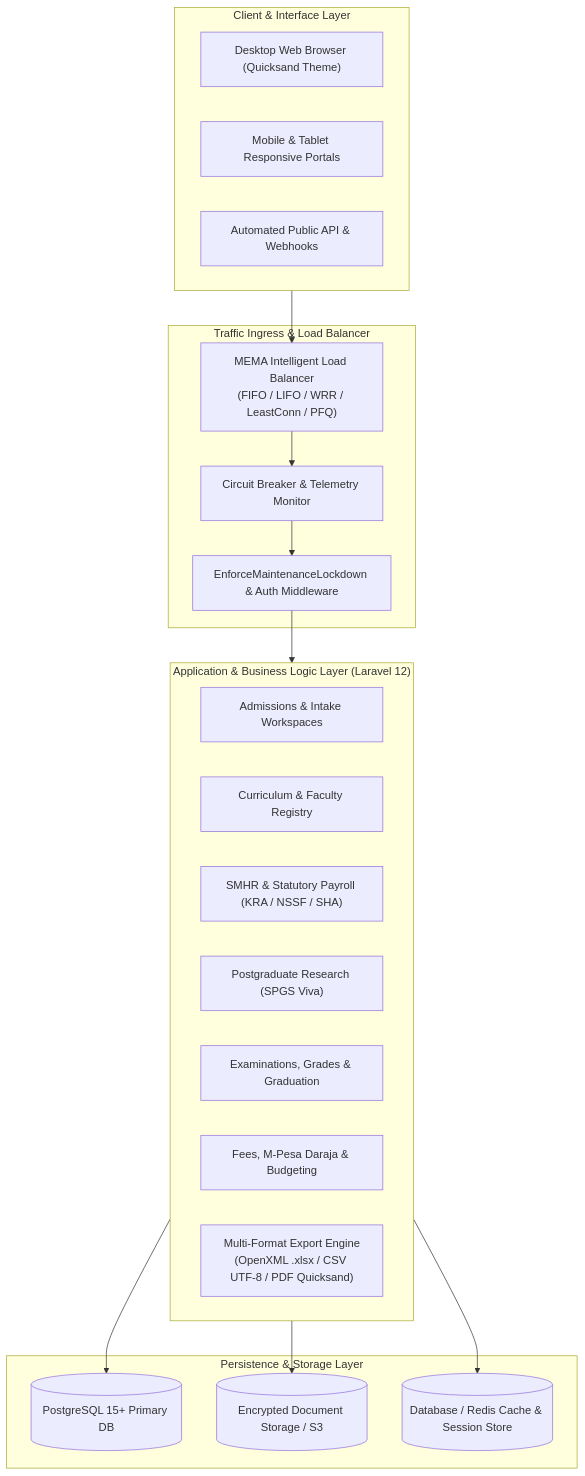
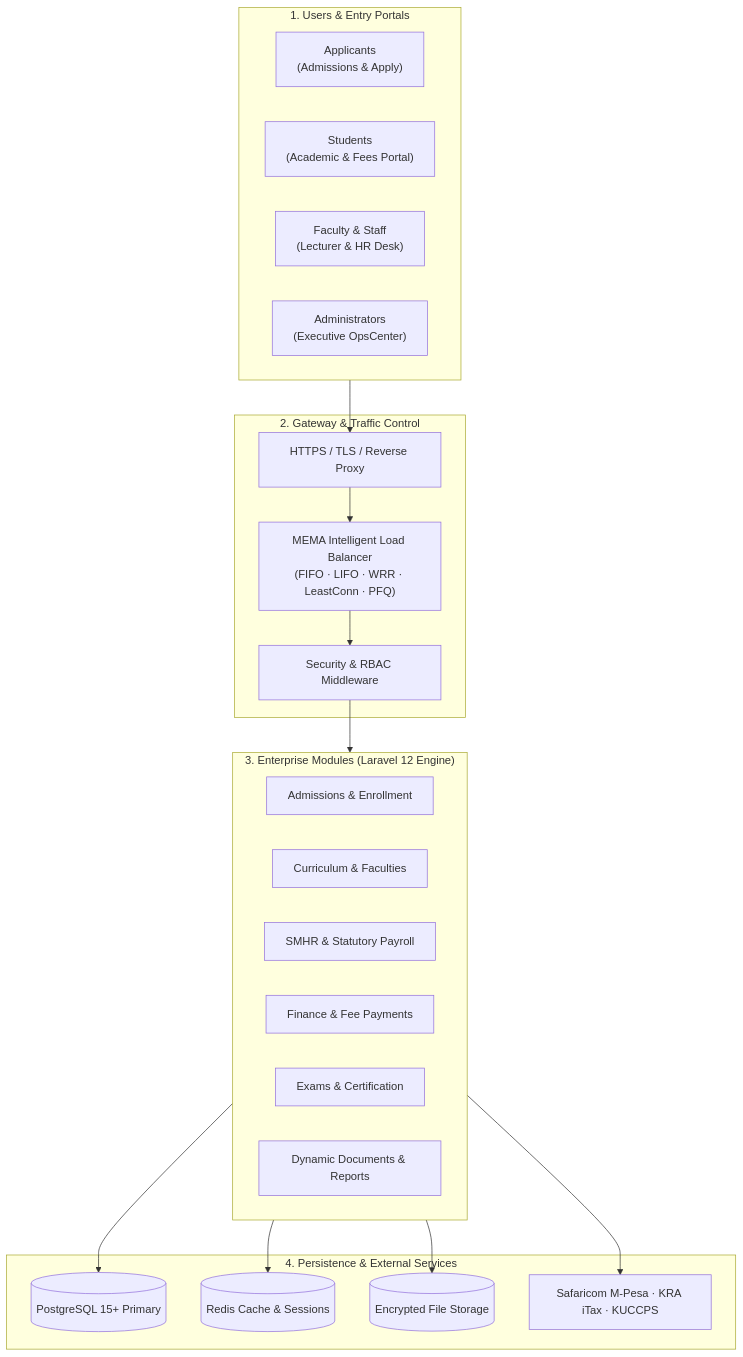
One commit to Dev-Ouma/memaerp changed the first of 4 diagrams in README.md. Above: the diagram before and after it, drawn with Mermaid. The commit also changed other lines of this file, not shown here.

Commit message:
docs: simplify and modernize system landscape, network topology, applicant lifecycle, and load balancer mermaid diagrams in README.md

````diff
--- a/README.md
+++ b/README.md
@@ -44,38 +44,39 @@
 ```mermaid
 graph TD
-    subgraph Client_Layer ["Client & Interface Layer"]
-        B1["Desktop Web Browser (Quicksand Theme)"]
-        B2["Mobile & Tablet Responsive Portals"]
-        B3["Automated Public API & Webhooks"]
+    subgraph Clients ["1. Users & Entry Portals"]
+        U1["Applicants<br/>(Admissions & Apply)"]
+        U2["Students<br/>(Academic & Fees Portal)"]
+        U3["Faculty & Staff<br/>(Lecturer & HR Desk)"]
+        U4["Administrators<br/>(Executive OpsCenter)"]
     end
 
-    subgraph Ingress_Layer ["Traffic Ingress & Load Balancer"]
-        LB["MEMA Intelligent Load Balancer<br/>(FIFO / LIFO / WRR / LeastConn / PFQ)"]
-        CB["Circuit Breaker & Telemetry Monitor"]
-        SEC["EnforceMaintenanceLockdown & Auth Middleware"]
+    subgraph Ingress ["2. Gateway & Traffic Control"]
+        WAF["HTTPS / TLS / Reverse Proxy"]
+        LB["MEMA Intelligent Load Balancer<br/>(FIFO · LIFO · WRR · LeastConn · PFQ)"]
+        SEC["Security & RBAC Middleware"]
+        WAF --> LB --> SEC
     end
 
-    subgraph App_Layer ["Application & Business Logic Layer (Laravel 12)"]
-        MOD_ADM["Admissions & Intake Workspaces"]
-        MOD_CUR["Curriculum & Faculty Registry"]
-        MOD_HR["SMHR & Statutory Payroll (KRA / NSSF / SHA)"]
-        MOD_PGR["Postgraduate Research (SPGS Viva)"]
-        MOD_EXAM["Examinations, Grades & Graduation"]
-        MOD_FIN["Fees, M-Pesa Daraja & Budgeting"]
-        EXP_ENG["Multi-Format Export Engine<br/>(OpenXML .xlsx / CSV UTF-8 / PDF Quicksand)"]
+    subgraph Core ["3. Enterprise Modules (Laravel 12 Engine)"]
+        M1["Admissions & Enrollment"]
+        M2["Curriculum & Faculties"]
+        M3["SMHR & Statutory Payroll"]
+        M4["Finance & Fee Payments"]
+        M5["Exams & Certification"]
+        M6["Dynamic Documents & Reports"]
     end
 
-    subgraph Data_Layer ["Persistence & Storage Layer"]
-        PG[("PostgreSQL 15+ Primary DB")]
-        S3[("Encrypted Document Storage / S3")]
-        CACHE[("Database / Redis Cache & Session Store")]
+    subgraph Data ["4. Persistence & External Services"]
+        DB[("PostgreSQL 15+ Primary")]
+        CACHE[("Redis Cache & Sessions")]
+        VAULT[("Encrypted File Storage")]
+        EXT["Safaricom M-Pesa · KRA iTax · KUCCPS"]
     end
 
-    Client_Layer --> LB
-    LB --> CB
-    CB --> SEC
-    SEC --> App_Layer
-    App_Layer --> PG
-    App_Layer --> S3
-    App_Layer --> CACHE
+    Clients --> WAF
+    SEC --> Core
+    Core --> DB
+    Core --> CACHE
+    Core --> VAULT
+    Core --> EXT
 ```
````
